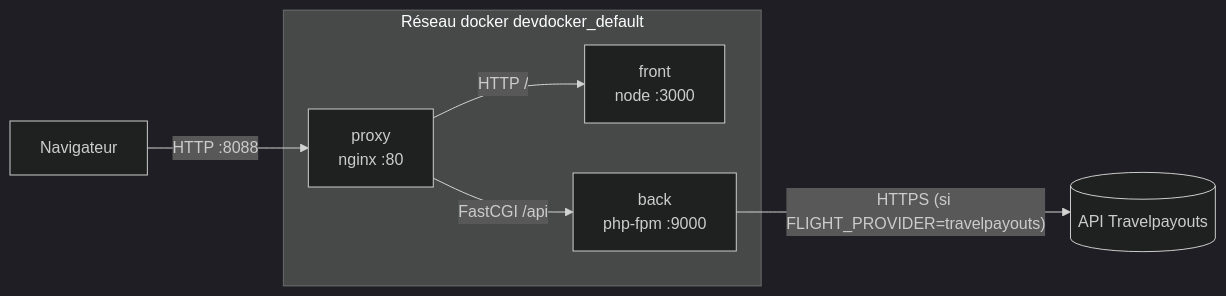
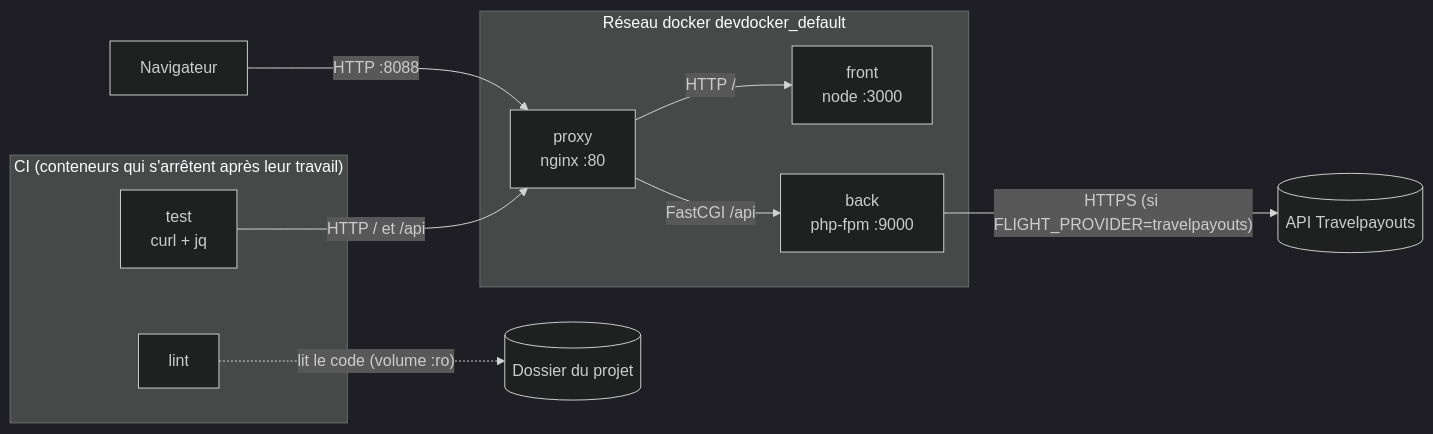
The first of 3 diagrams in README.md (jomeawd/devDocker), drawn with Mermaid (dark theme) before and after one commit. The commit also changed other lines of this file, not shown here.

````diff
--- a/README.md
+++ b/README.md
@@ -33,14 +45,21 @@
 ```mermaid
 flowchart LR
     U[Navigateur] -- "HTTP :8088" --> P
 
     subgraph docker["Réseau docker devdocker_default"]
         P["proxy<br/>nginx :80"]
         F["front<br/>node :3000"]
         B["back<br/>php-fpm :9000"]
         P -- "HTTP /" --> F
         P -- "FastCGI /api" --> B
     end
 
     B -- "HTTPS (si FLIGHT_PROVIDER=travelpayouts)" --> T[(API Travelpayouts)]
+
+    subgraph ci["CI (conteneurs qui s'arrêtent après leur travail)"]
+        TE["test<br/>curl + jq"]
+        L["lint"]
+    end
+    TE -- "HTTP / et /api" --> P
+    L -. "lit le code (volume :ro)" .-> R[(Dossier du projet)]
 ```
````
